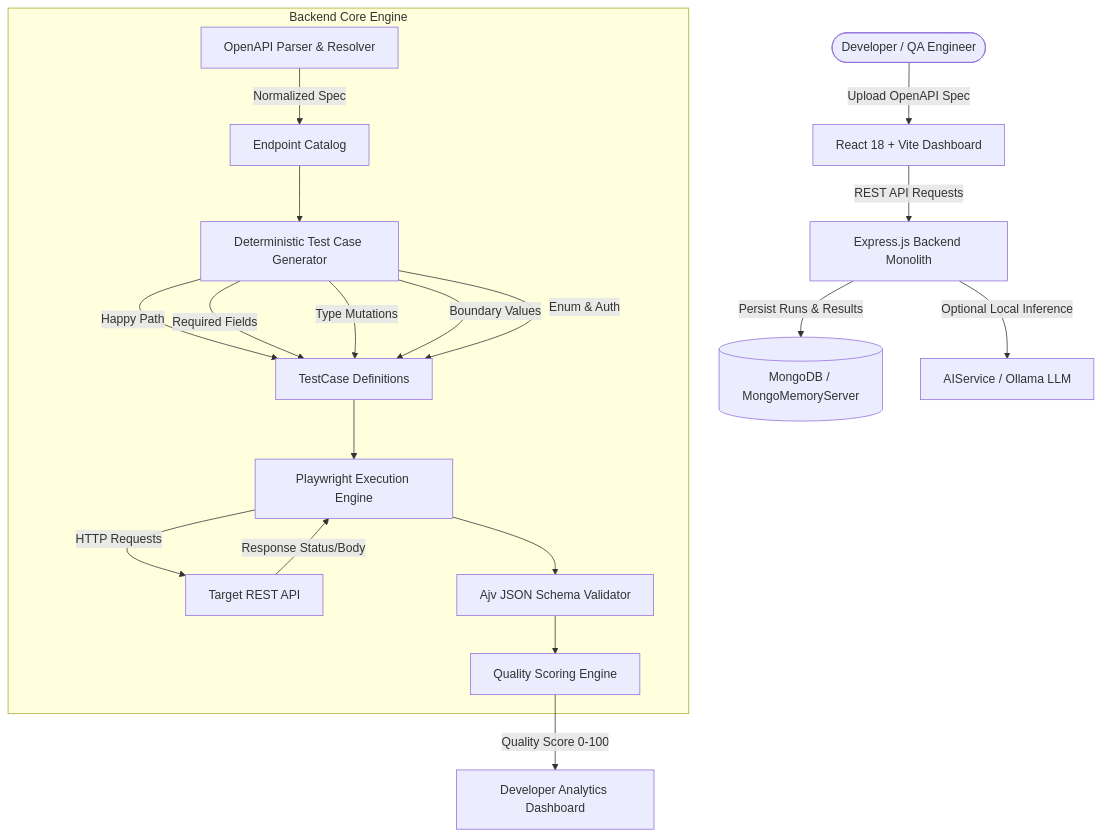
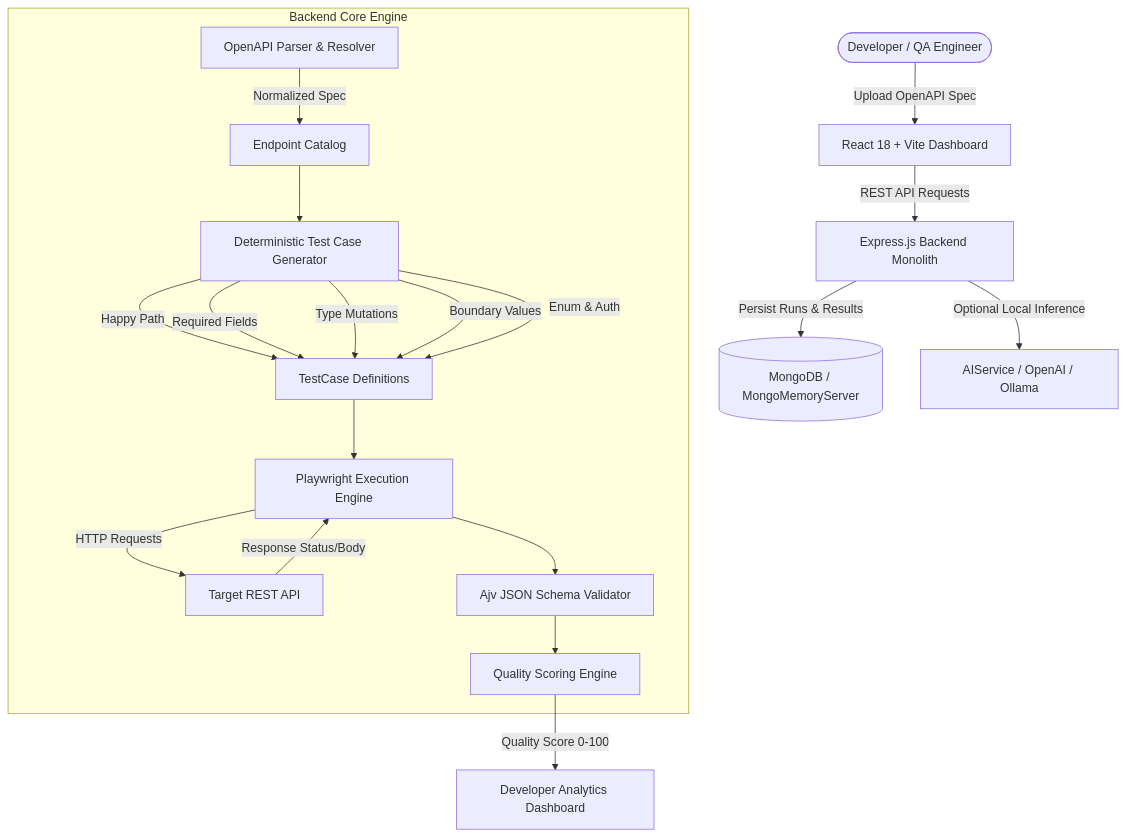
Before and after one commit to syogesh999/TestPilot: the diagram in README.md, drawn with Mermaid. The commit also changed other lines of this file and 3 other files, not shown here.

````diff
--- a/README.md
+++ b/README.md
@@ -31,28 +31,28 @@
 ```mermaid
 flowchart TD
     User([Developer / QA Engineer]) -->|Upload OpenAPI Spec| Frontend[React 18 + Vite Dashboard]
     Frontend -->|REST API Requests| Backend[Express.js Backend Monolith]
 
     subgraph Backend Core Engine
         Parser[OpenAPI Parser & Resolver] -->|Normalized Spec| Catalog[Endpoint Catalog]
         Catalog --> Generator[Deterministic Test Case Generator]
         
         Generator -->|Happy Path| Suite[TestCase Definitions]
         Generator -->|Required Fields| Suite
         Generator -->|Type Mutations| Suite
         Generator -->|Boundary Values| Suite
         Generator -->|Enum & Auth| Suite
 
         Suite --> Runner[Playwright Execution Engine]
         Runner -->|HTTP Requests| TargetAPI[Target REST API]
         TargetAPI -->|Response Status/Body| Runner
 
         Runner --> Validator[Ajv JSON Schema Validator]
         Validator --> Scorer[Quality Scoring Engine]
     end
 
     Backend -->|Persist Runs & Results| DB[(MongoDB / MongoMemoryServer)]
-    Backend -->|Optional Local Inference| AI[AIService / Ollama LLM]
+    Backend -->|Optional Local Inference| AI[AIService / OpenAI / Ollama]
 
     Scorer -->|Quality Score 0-100| DashboardUI[Developer Analytics Dashboard]
 ```
````
